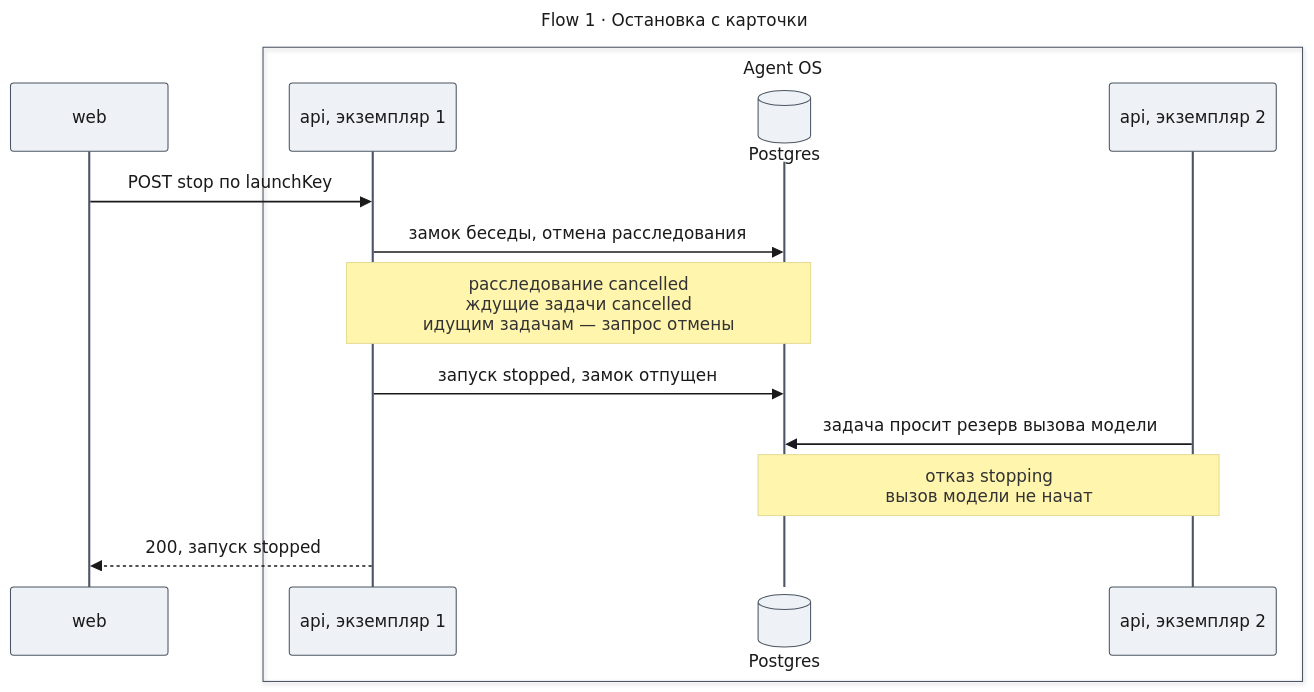
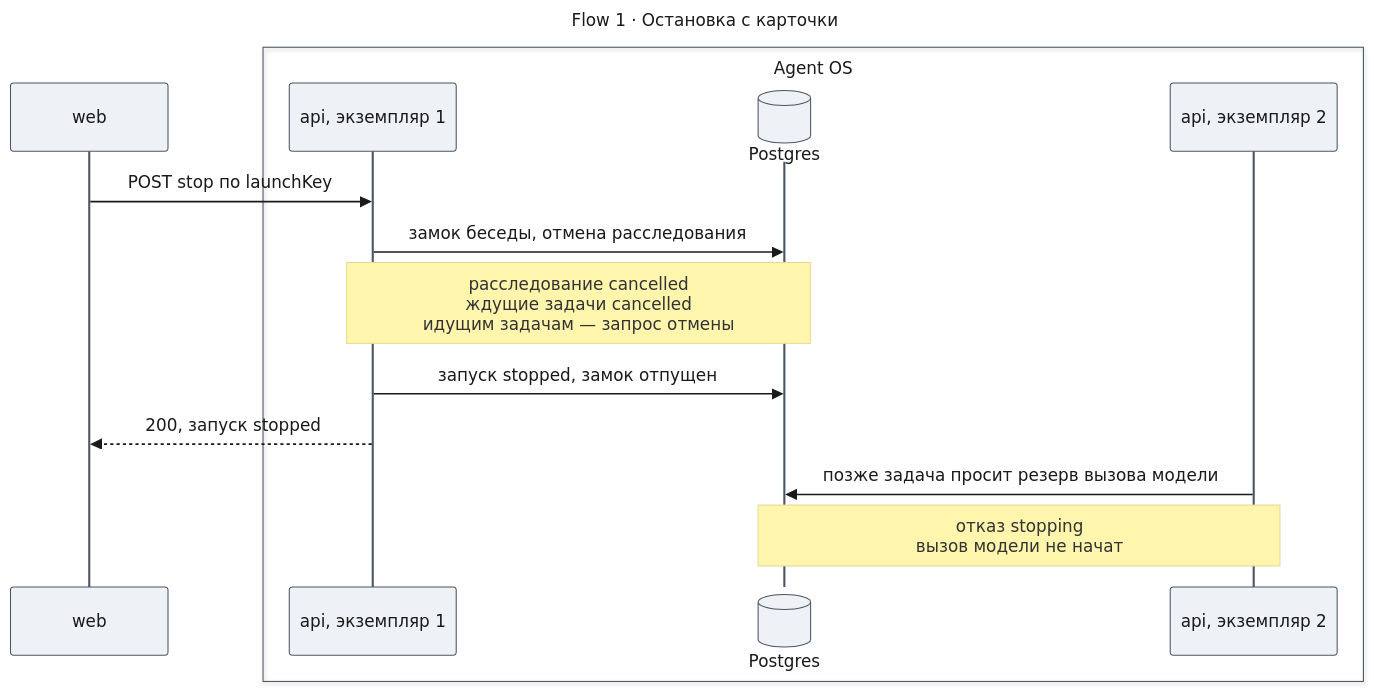
Before and after one commit to tundraray/agent-os: the ninth of 16 diagrams in docs/features/agent-quality/design-lifecycle.md, drawn with Mermaid. The commit also changed other lines of this file, not shown here.

````diff
--- a/docs/features/agent-quality/design-lifecycle.md
+++ b/docs/features/agent-quality/design-lifecycle.md
@@ -568,35 +582,35 @@
 ```mermaid
 ---
 title: "Flow 1 · Остановка с карточки"
 config:
   theme: base
   look: classic
   themeVariables:
     primaryColor: "#eef1f5"
     primaryBorderColor: "#4b5563"
     primaryTextColor: "#1a1a1a"
     lineColor: "#6b7280"
   themeCSS: |
     @keyframes lit_lcf1{0%,18%{stroke:#991b1b;stroke-width:6px}20%,100%{stroke:#37474f;stroke-width:2px}}
     @keyframes litr_lcf1{0%,18%{stroke:#1d4ed8;stroke-width:6px}20%,100%{stroke:#37474f;stroke-width:2px}}
     .messageLine0[data-id='i0'],.messageLine1[data-id='i0']{animation:lit_lcf1 6s linear 0s infinite}
     .messageLine0[data-id='i1'],.messageLine1[data-id='i1']{animation:lit_lcf1 6s linear 1.2s infinite}
     .messageLine0[data-id='i3'],.messageLine1[data-id='i3']{animation:lit_lcf1 6s linear 2.4s infinite}
-    .messageLine0[data-id='i4'],.messageLine1[data-id='i4']{animation:lit_lcf1 6s linear 3.6s infinite}
-    .messageLine0[data-id='i6'],.messageLine1[data-id='i6']{animation:litr_lcf1 6s linear 4.8s infinite}
+    .messageLine0[data-id='i4'],.messageLine1[data-id='i4']{animation:litr_lcf1 6s linear 3.6s infinite}
+    .messageLine0[data-id='i5'],.messageLine1[data-id='i5']{animation:lit_lcf1 6s linear 4.8s infinite}
 ---
 sequenceDiagram
     participant Web as web
     box Agent OS
     participant A as api, экземпляр 1
     participant DB@{ "type": "database" } as Postgres
     participant B as api, экземпляр 2
     end
     Web->>A: POST stop по launchKey
     A->>DB: замок беседы, отмена расследования
     Note over A,DB: расследование cancelled<br/>ждущие задачи cancelled<br/>идущим задачам — запрос отмены
     A->>DB: запуск stopped, замок отпущен
-    B->>DB: задача просит резерв вызова модели
+    A-->>Web: 200, запуск stopped
+    B->>DB: позже задача просит резерв вызова модели
     Note over B,DB: отказ stopping<br/>вызов модели не начат
-    A-->>Web: 200, запуск stopped
 ```
````
